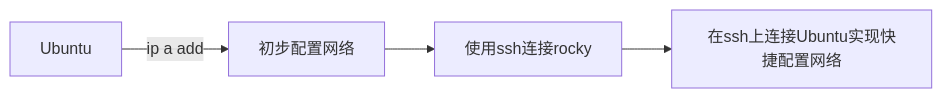
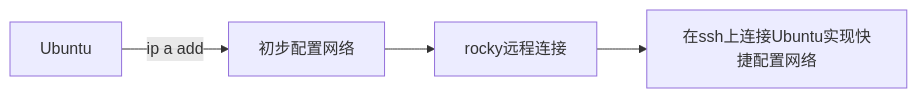
The diagram in note/挑战二_磁盘相关.md (jianzhehui/Operations_Learn), drawn with Mermaid before and after one commit.

````diff
--- a/note/挑战二_磁盘相关.md
+++ b/note/挑战二_磁盘相关.md
@@ -302,6 +302,6 @@
 ```mermaid
 graph LR
 A[Ubuntu]-->|ip a add |B[初步配置网络]
-B-->C[使用ssh连接rocky]
+B-->C[rocky远程连接]
 C-->D[在ssh上连接Ubuntu实现快捷配置网络]
 ```
````
